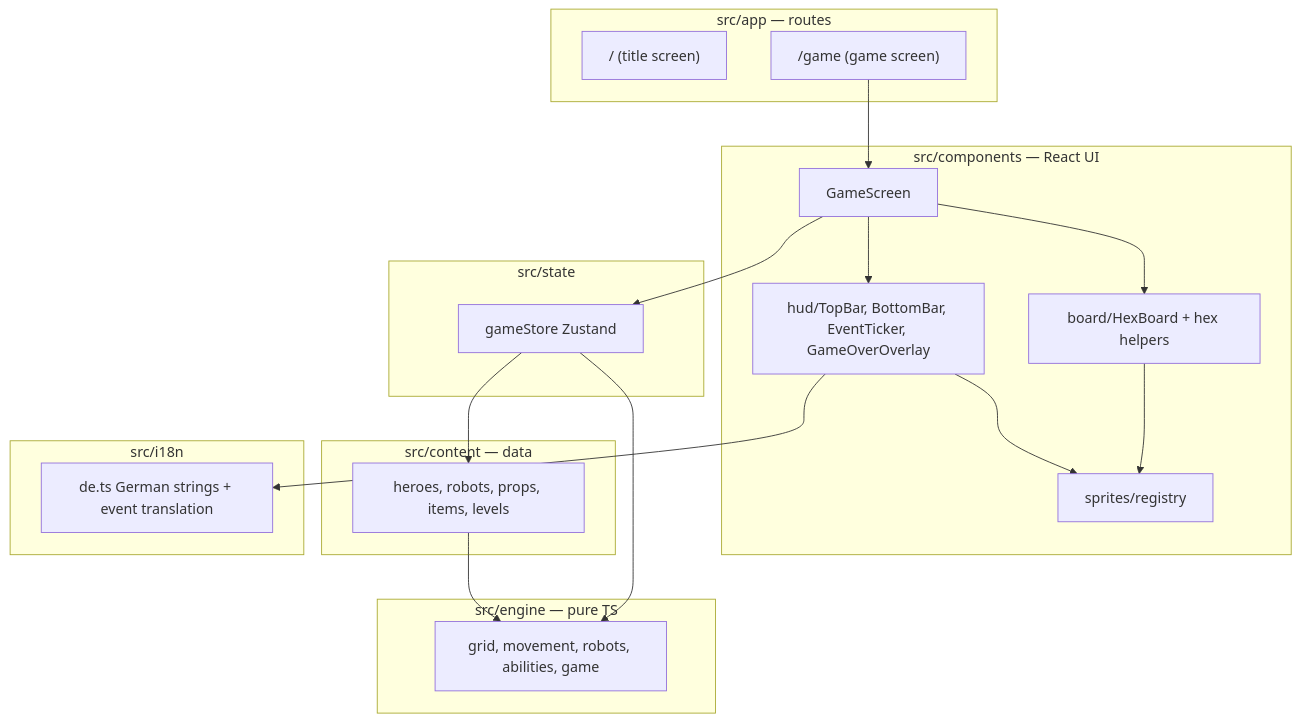
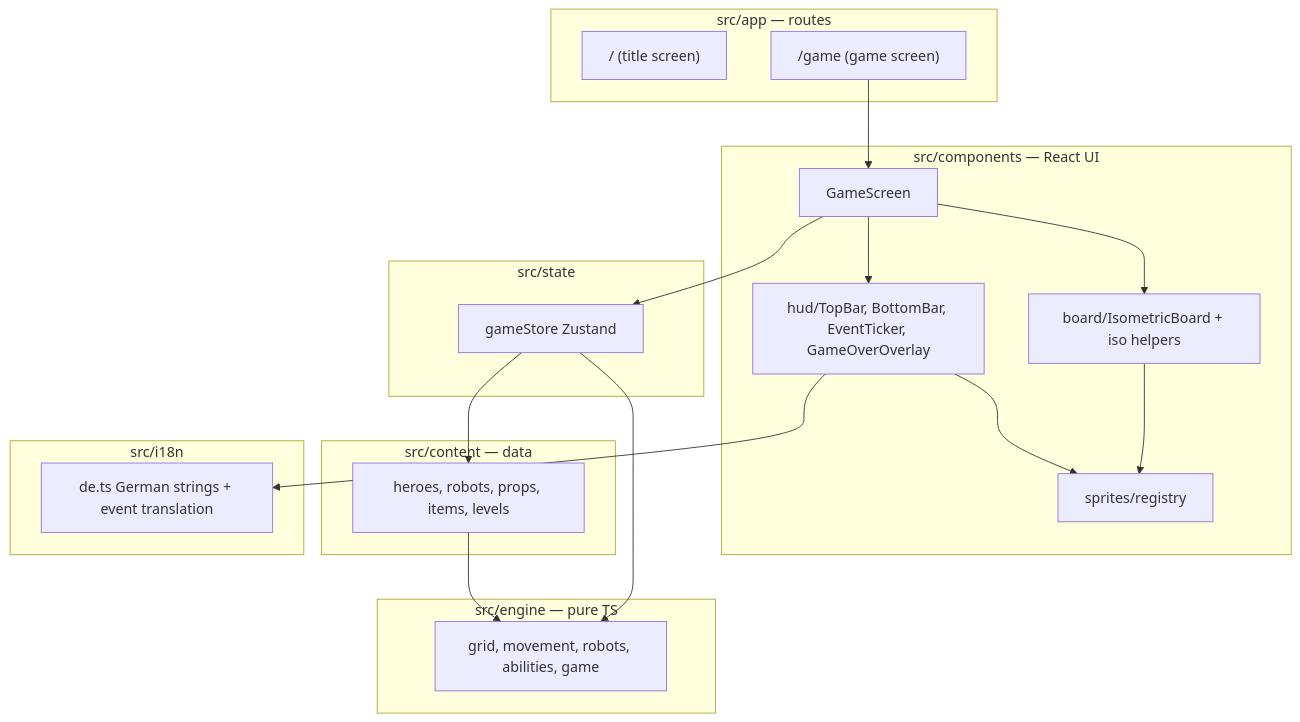
The diagram in doc/arc42/05_building_blocks.md (MarkDrei/Pet-s-Alliance), drawn with Mermaid before and after one commit. The commit also changed other lines of this file and 15 other files, not shown here.

````diff
--- a/doc/arc42/05_building_blocks.md
+++ b/doc/arc42/05_building_blocks.md
@@ -5,35 +5,35 @@
 ```mermaid
 flowchart TB
     subgraph app [src/app — routes]
         TitleRoute["/ (title screen)"]
         GameRoute["/game (game screen)"]
     end
     subgraph ui [src/components — React UI]
         GameScreen[GameScreen]
-        Board[board/HexBoard + hex helpers]
+        Board[board/IsometricBoard + iso helpers]
         Hud[hud/TopBar, BottomBar, EventTicker, GameOverOverlay]
         Sprites[sprites/registry]
     end
     subgraph stateLayer [src/state]
         Store[gameStore Zustand]
     end
     subgraph engineLayer [src/engine — pure TS]
         Engine[grid, movement, robots, abilities, game]
     end
     subgraph contentLayer [src/content — data]
         ContentDefs[heroes, robots, props, items, levels]
     end
     subgraph i18nLayer [src/i18n]
         De[de.ts German strings + event translation]
     end
     GameRoute --> GameScreen
     GameScreen --> Board
     GameScreen --> Hud
     Board --> Sprites
     Hud --> Sprites
     GameScreen --> Store
     Store --> Engine
     Store --> ContentDefs
     Hud --> De
     ContentDefs --> Engine
 ```
````
